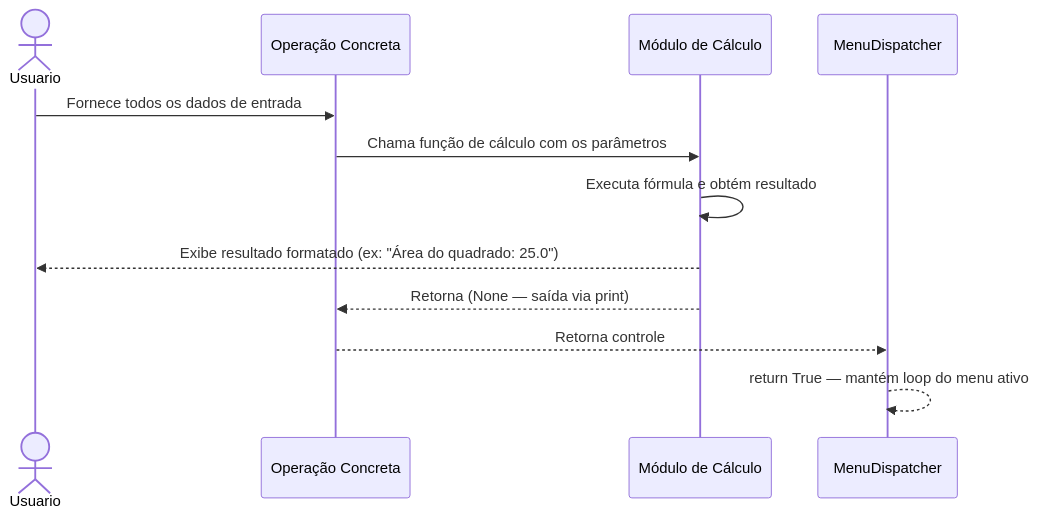
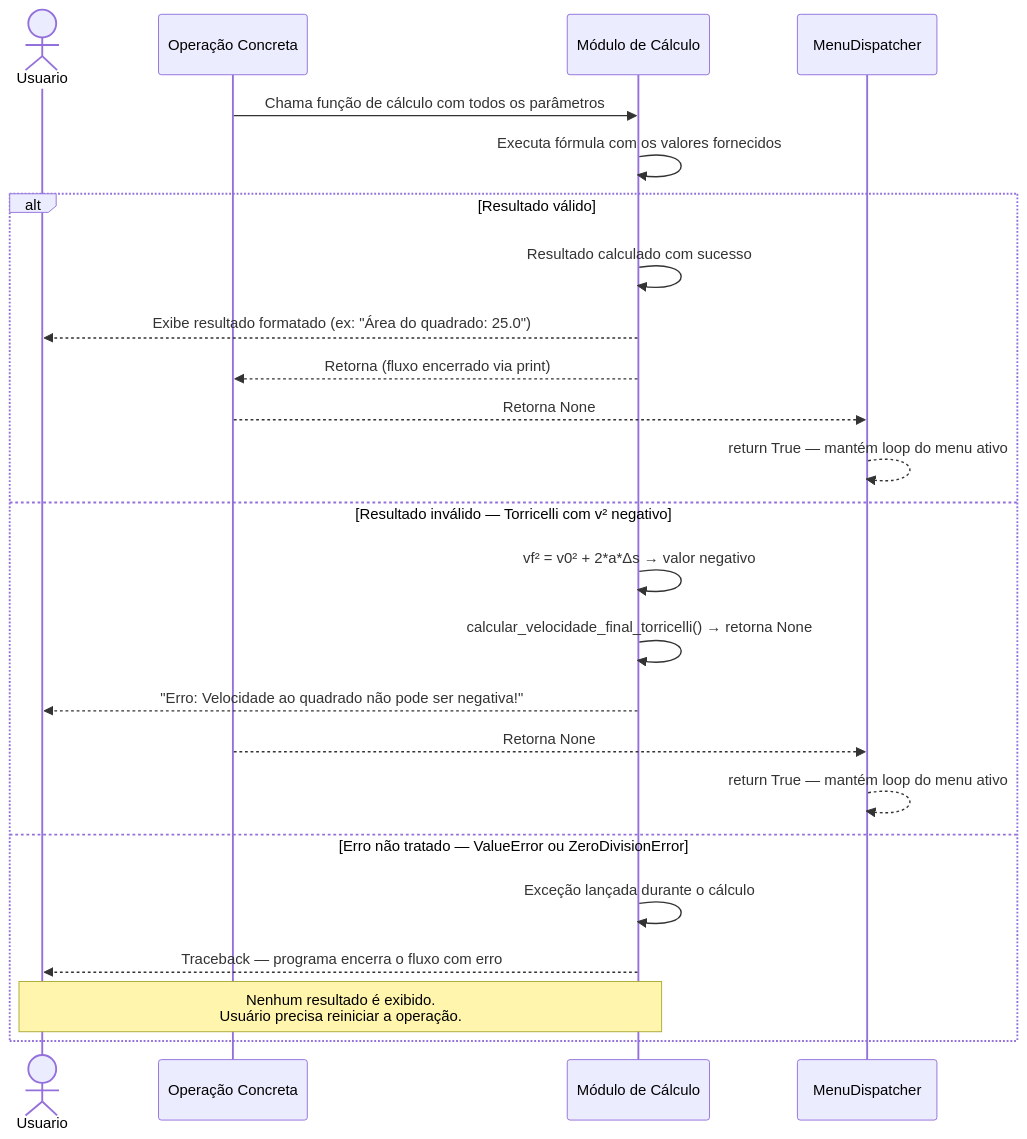
The diagram in Docs/Diagramas de sequência/DS_US10_VisualizarResultado.md (software-engineering-labs-ifrn/2026-1-Jonathan), drawn with Mermaid before and after one commit. The commit also changed other lines of this file and 10 other files, not shown here.

Commit message:
Fix: corrige diagramas

````diff
--- a/Docs/Diagramas de sequência/DS_US10_VisualizarResultado.md
+++ b/Docs/Diagramas de sequência/DS_US10_VisualizarResultado.md
@@ -11,15 +7,30 @@
 ```mermaid
 sequenceDiagram
     actor Usuario
     participant Op as Operação Concreta
     participant Calc as Módulo de Cálculo
     participant Dispatcher as MenuDispatcher
 
-    Usuario->>Op: Fornece todos os dados de entrada
-    Op->>Calc: Chama função de cálculo com os parâmetros
-    Calc->>Calc: Executa fórmula e obtém resultado
-    Calc-->>Usuario: Exibe resultado formatado (ex: "Área do quadrado: 25.0")
-    Calc-->>Op: Retorna (None — saída via print)
-    Op-->>Dispatcher: Retorna controle
-    Dispatcher-->>Dispatcher: return True — mantém loop do menu ativo
+    Op->>Calc: Chama função de cálculo com todos os parâmetros
+    Calc->>Calc: Executa fórmula com os valores fornecidos
+
+    alt Resultado válido
+        Calc->>Calc: Resultado calculado com sucesso
+        Calc-->>Usuario: Exibe resultado formatado (ex: "Área do quadrado: 25.0")
+        Calc-->>Op: Retorna (fluxo encerrado via print)
+        Op-->>Dispatcher: Retorna None
+        Dispatcher-->>Dispatcher: return True — mantém loop do menu ativo
+
+    else Resultado inválido — Torricelli com v² negativo
+        Calc->>Calc: vf² = v0² + 2*a*Δs → valor negativo
+        Calc->>Calc: calcular_velocidade_final_torricelli() → retorna None
+        Calc-->>Usuario: "Erro: Velocidade ao quadrado não pode ser negativa!"
+        Op-->>Dispatcher: Retorna None
+        Dispatcher-->>Dispatcher: return True — mantém loop do menu ativo
+
+    else Erro não tratado — ValueError ou ZeroDivisionError
+        Calc->>Calc: Exceção lançada durante o cálculo
+        Calc-->>Usuario: Traceback — programa encerra o fluxo com erro
+        Note over Calc,Usuario: Nenhum resultado é exibido.<br/>Usuário precisa reiniciar a operação.
+    end
 ```
````
